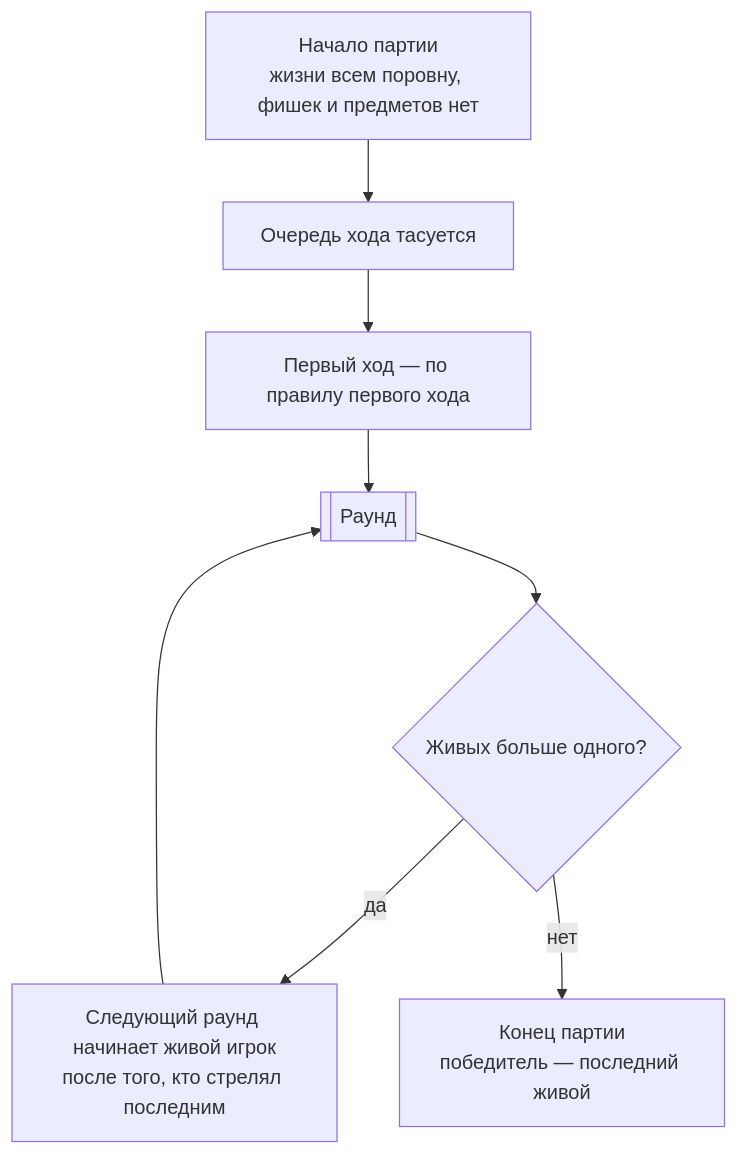
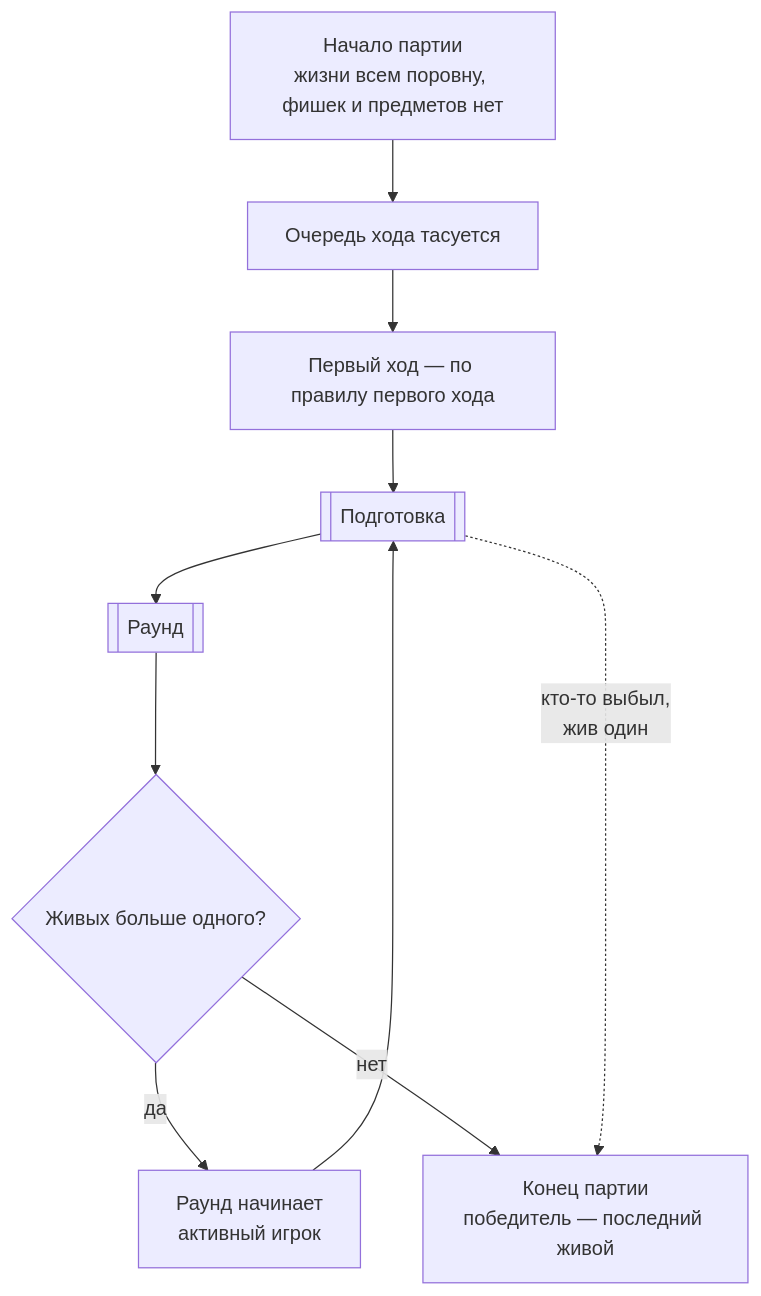
The first of 2 diagrams in docs/rules/match.md (CaseyJohnson-RS/LiveEngine), drawn with Mermaid before and after one commit. The commit also changed other lines of this file and 10 other files, not shown here.

````diff
--- a/docs/rules/match.md
+++ b/docs/rules/match.md
@@ -5,10 +5,12 @@
 ```mermaid
 flowchart TD
     S["Начало партии<br/>жизни всем поровну, фишек и предметов нет"] --> Q["Очередь хода тасуется"]
     Q --> F["Первый ход — по правилу первого хода"]
-    F --> R[["Раунд"]]
+    F --> PR[["Подготовка"]]
+    PR --> R[["Раунд"]]
     R --> A{"Живых больше одного?"}
-    A -- да --> N["Следующий раунд начинает живой игрок<br/>после того, кто стрелял последним"]
-    N --> R
+    A -- да --> N["Раунд начинает<br/>активный игрок"]
+    N --> PR
     A -- нет --> W["Конец партии<br/>победитель — последний живой"]
+    PR -. "кто-то выбыл,<br/>жив один" .-> W
 ```
````
